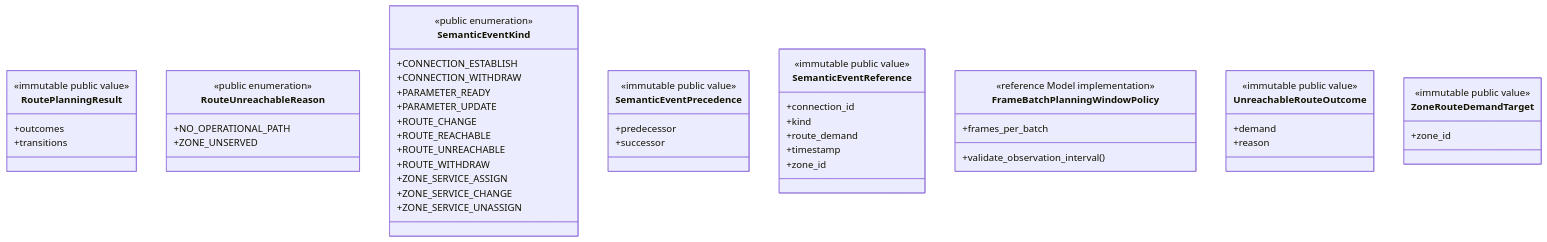
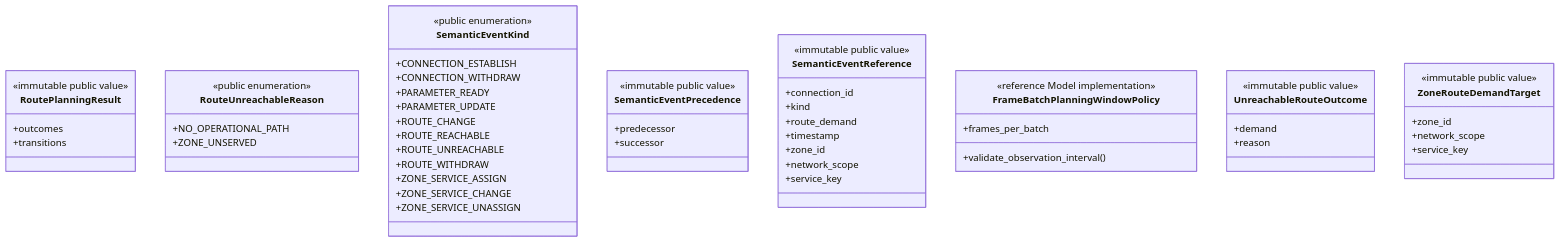
Before and after one commit to seed-labs/skyseed: the seventh of 8 diagrams in skyseed_v2/src/skyseed_v2/simulator/planning/README.md, drawn with Mermaid. The commit also changed other lines of this file and 60 other files, not shown here.

````diff
--- a/skyseed_v2/src/skyseed_v2/simulator/planning/README.md
+++ b/skyseed_v2/src/skyseed_v2/simulator/planning/README.md
@@ -588,54 +589,58 @@
 ```mermaid
 classDiagram
     class RoutePlanningResult {
         <<immutable public value>>
         +outcomes
         +transitions
     }
     class RouteUnreachableReason {
         <<public enumeration>>
         +NO_OPERATIONAL_PATH
         +ZONE_UNSERVED
     }
     class SemanticEventKind {
         <<public enumeration>>
         +CONNECTION_ESTABLISH
         +CONNECTION_WITHDRAW
         +PARAMETER_READY
         +PARAMETER_UPDATE
         +ROUTE_CHANGE
         +ROUTE_REACHABLE
         +ROUTE_UNREACHABLE
         +ROUTE_WITHDRAW
         +ZONE_SERVICE_ASSIGN
         +ZONE_SERVICE_CHANGE
         +ZONE_SERVICE_UNASSIGN
     }
     class SemanticEventPrecedence {
         <<immutable public value>>
         +predecessor
         +successor
     }
     class SemanticEventReference {
         <<immutable public value>>
         +connection_id
         +kind
         +route_demand
         +timestamp
         +zone_id
+        +network_scope
+        +service_key
     }
     class FrameBatchPlanningWindowPolicy {
         <<reference Model implementation>>
         +frames_per_batch
         +validate_observation_interval()
     }
     class UnreachableRouteOutcome {
         <<immutable public value>>
         +demand
         +reason
     }
     class ZoneRouteDemandTarget {
         <<immutable public value>>
         +zone_id
+        +network_scope
+        +service_key
     }
 ```
````
